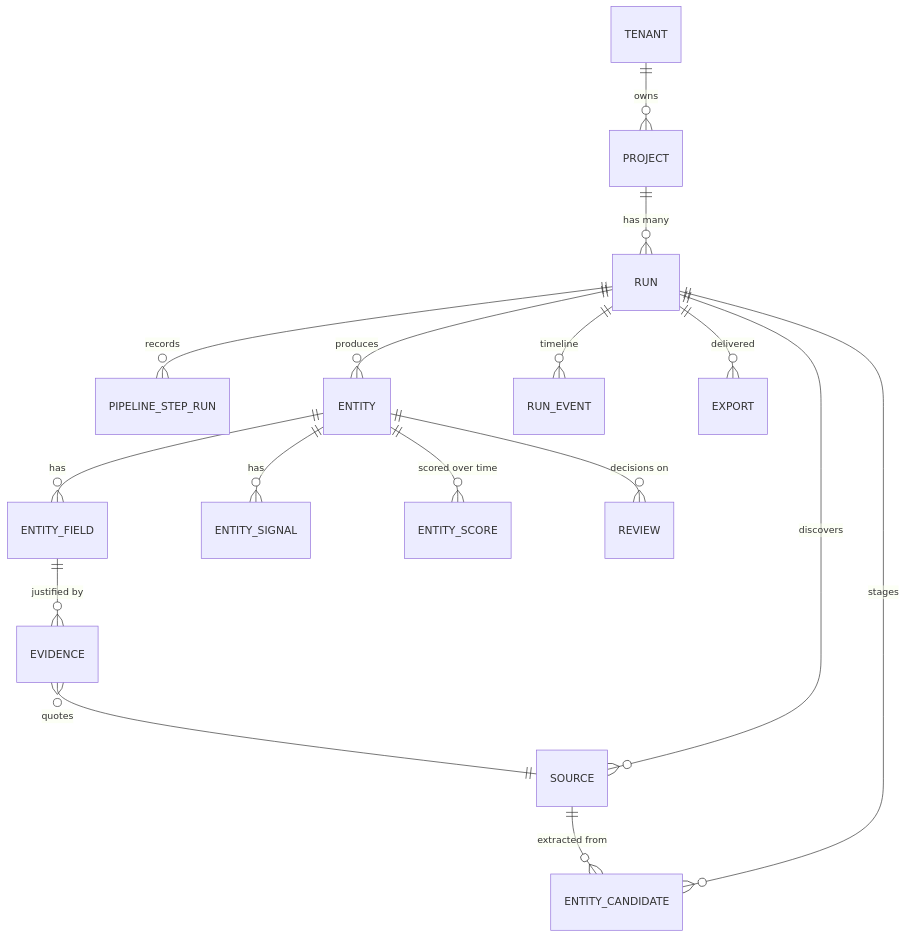
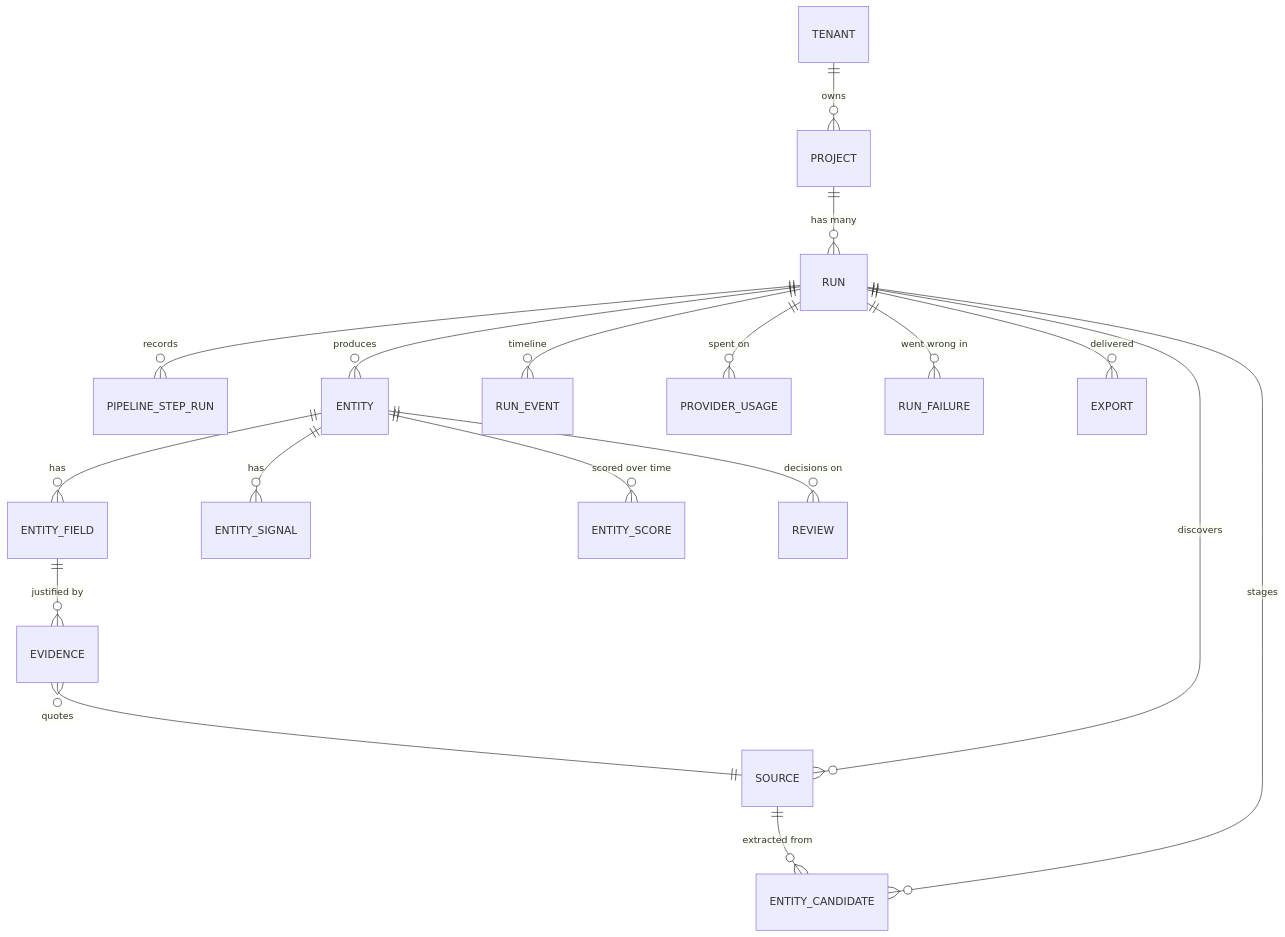
One commit to Pauldelacv/Research-Pipeline changed the diagram in docs/architecture.md. Above: the diagram before and after it, drawn with Mermaid. The commit also changed other lines of this file and 15 other files, not shown here.

````diff
--- a/docs/architecture.md
+++ b/docs/architecture.md
@@ -125,18 +125,20 @@
 ```mermaid
 erDiagram
     TENANT ||--o{ PROJECT : owns
     PROJECT ||--o{ RUN : "has many"
     RUN ||--o{ PIPELINE_STEP_RUN : "records"
     RUN ||--o{ SOURCE : discovers
     RUN ||--o{ ENTITY_CANDIDATE : stages
     SOURCE ||--o{ ENTITY_CANDIDATE : "extracted from"
     RUN ||--o{ ENTITY : produces
     ENTITY ||--o{ ENTITY_FIELD : "has"
     ENTITY ||--o{ ENTITY_SIGNAL : "has"
     ENTITY ||--o{ ENTITY_SCORE : "scored over time"
     ENTITY ||--o{ REVIEW : "decisions on"
     ENTITY_FIELD ||--o{ EVIDENCE : "justified by"
     EVIDENCE }o--|| SOURCE : "quotes"
     RUN ||--o{ RUN_EVENT : "timeline"
+    RUN ||--o{ PROVIDER_USAGE : "spent on"
+    RUN ||--o{ RUN_FAILURE : "went wrong in"
     RUN ||--o{ EXPORT : delivered
 ```
````
